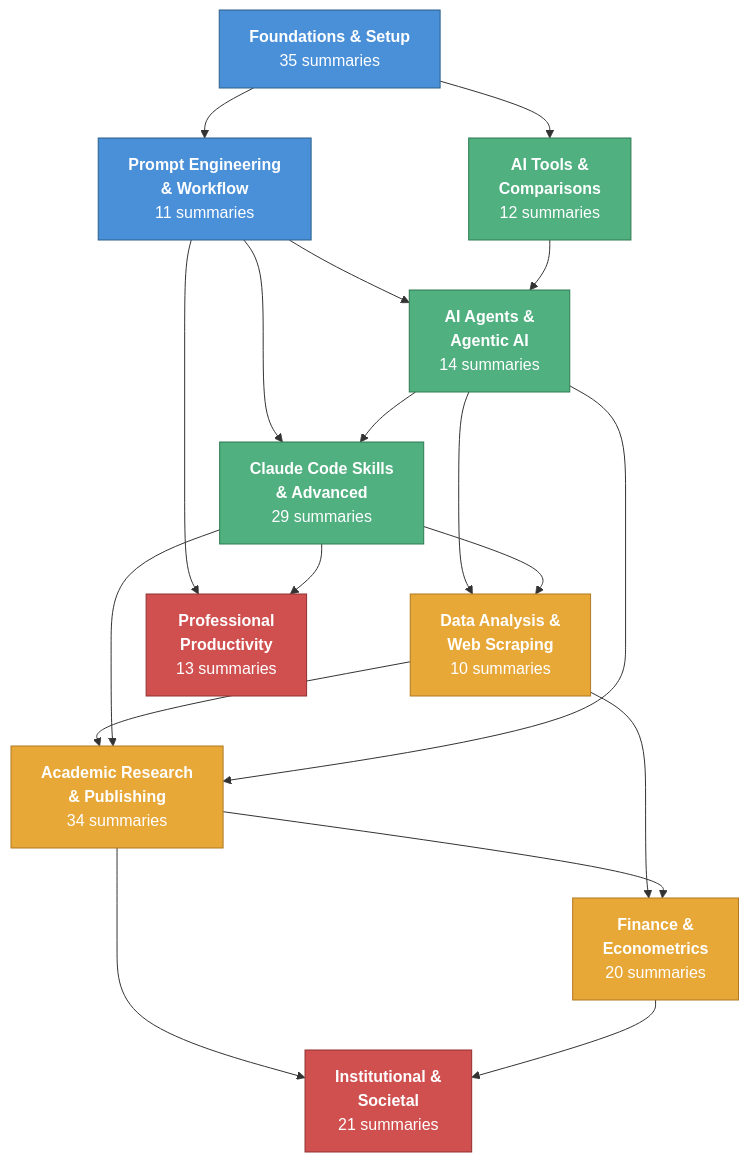
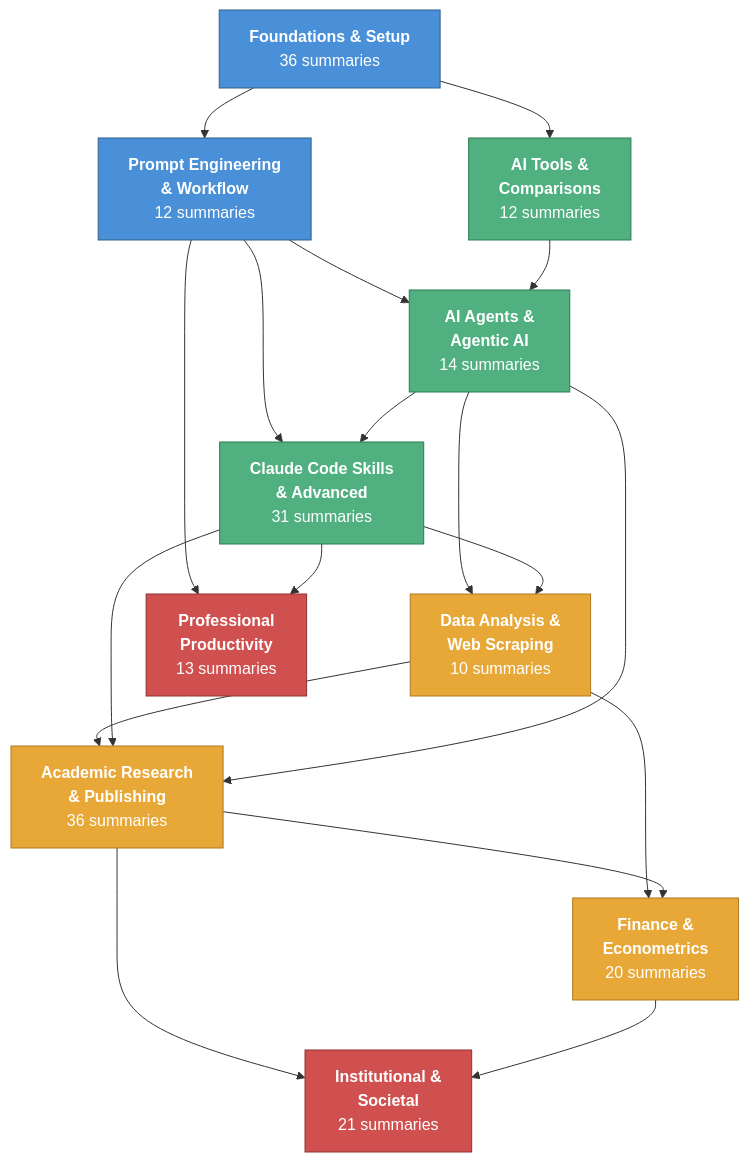
One commit to velikov-mihail/ai-econ-wiki changed the diagram in wiki/visualizations/category-map.md. Above: the diagram before and after it, drawn with Mermaid. The commit also changed other lines of this file and 2 other files, not shown here.

Commit message:
Refresh derived pages after ingest: category counts, category map, source timeline

````diff
--- a/wiki/visualizations/category-map.md
+++ b/wiki/visualizations/category-map.md
@@ -11,49 +11,49 @@
 ```mermaid
 graph TD
-    FS["<b>Foundations & Setup</b><br/>35 summaries"]
-    PE["<b>Prompt Engineering<br/>& Workflow</b><br/>11 summaries"]
+    FS["<b>Foundations & Setup</b><br/>36 summaries"]
+    PE["<b>Prompt Engineering<br/>& Workflow</b><br/>12 summaries"]
     AG["<b>AI Agents &<br/>Agentic AI</b><br/>14 summaries"]
-    CS["<b>Claude Code Skills<br/>& Advanced</b><br/>29 summaries"]
+    CS["<b>Claude Code Skills<br/>& Advanced</b><br/>31 summaries"]
     DA["<b>Data Analysis &<br/>Web Scraping</b><br/>10 summaries"]
-    AR["<b>Academic Research<br/>& Publishing</b><br/>34 summaries"]
+    AR["<b>Academic Research<br/>& Publishing</b><br/>36 summaries"]
     FE["<b>Finance &<br/>Econometrics</b><br/>20 summaries"]
     AT["<b>AI Tools &<br/>Comparisons</b><br/>12 summaries"]
     IS["<b>Institutional &<br/>Societal</b><br/>21 summaries"]
     PP["<b>Professional<br/>Productivity</b><br/>13 summaries"]
 
     %% Foundational layer
     FS --> PE
     FS --> AT
     PE --> AG
     PE --> CS
 
     %% Technical layer
     AG --> CS
     AG --> DA
     CS --> DA
     AT --> AG
 
     %% Applied layer
     DA --> AR
     DA --> FE
     AR --> FE
     CS --> AR
     AG --> AR
 
     %% Productivity & big picture
     PE --> PP
     CS --> PP
     AR --> IS
     FE --> IS
 
     %% Styling
     classDef foundation fill:#4a90d9,stroke:#2c5f8a,color:#fff
     classDef technical fill:#50b080,stroke:#2d7a50,color:#fff
     classDef applied fill:#e8a838,stroke:#b07820,color:#fff
     classDef bigpicture fill:#d05050,stroke:#903030,color:#fff
 
     class FS,PE foundation
     class AG,CS,AT technical
     class DA,AR,FE applied
     class IS,PP bigpicture
 ```
````
